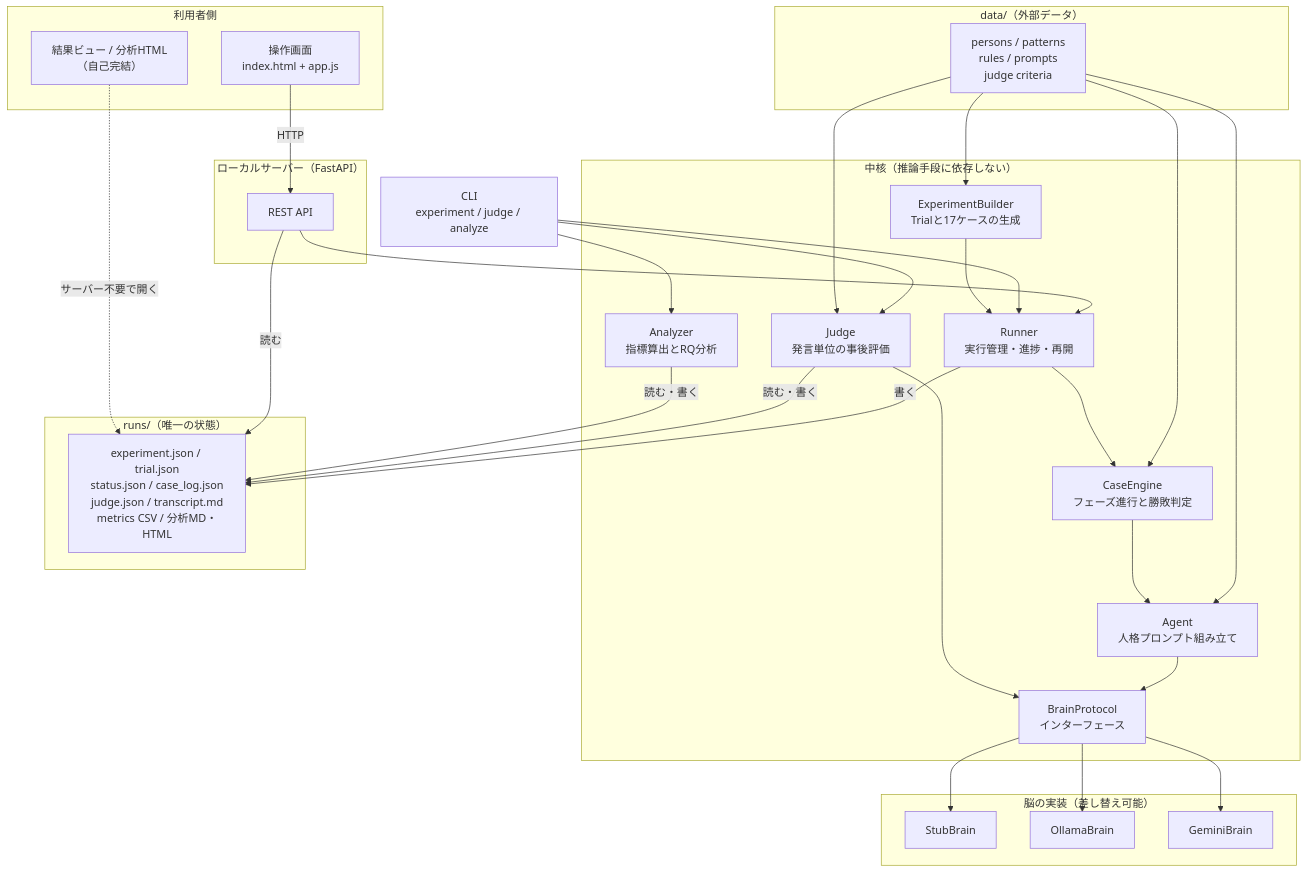
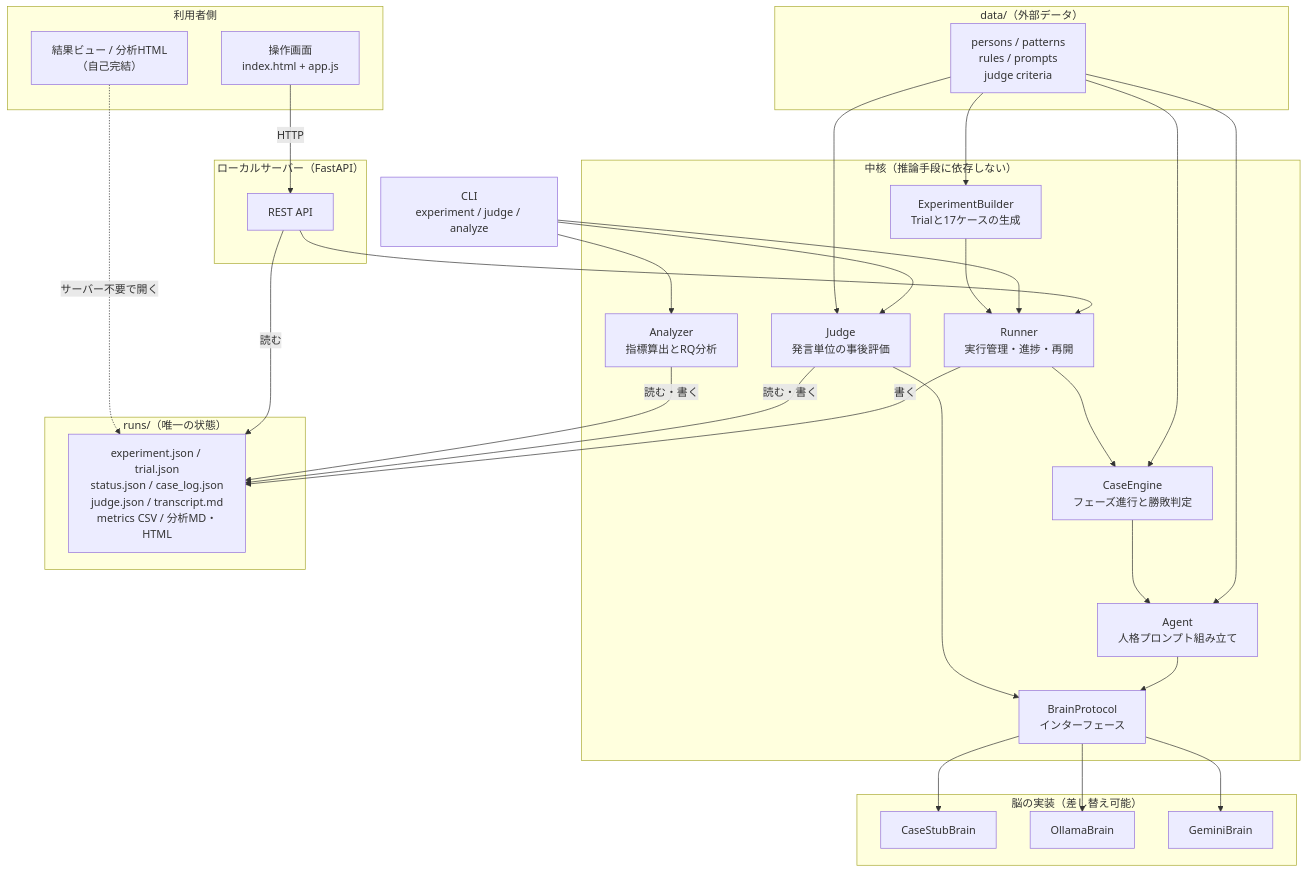
One commit to ziriss8120121/hackathon-test changed the first of 11 diagrams in docs/design.md. Above: the diagram before and after it, drawn with Mermaid. The commit also changed other lines of this file and 66 other files, not shown here.

````diff
--- a/docs/design.md
+++ b/docs/design.md
@@ -299,60 +321,60 @@
 ```mermaid
 flowchart TB
     subgraph CLIENT["利用者側"]
         SCR["操作画面<br/>index.html + app.js"]
         VIEW["結果ビュー / 分析HTML<br/>（自己完結）"]
     end
 
     subgraph SERVER["ローカルサーバー（FastAPI）"]
         API["REST API"]
     end
 
     subgraph MASTER["data/（外部データ）"]
         MD["persons / patterns<br/>rules / prompts<br/>judge criteria"]
     end
 
     subgraph CORE["中核（推論手段に依存しない）"]
         EXP["ExperimentBuilder<br/>Trialと17ケースの生成"]
         RUNNER["Runner<br/>実行管理・進捗・再開"]
         ENGINE["CaseEngine<br/>フェーズ進行と勝敗判定"]
         AGENT["Agent<br/>人格プロンプト組み立て"]
         JUDGE["Judge<br/>発言単位の事後評価"]
         ANA["Analyzer<br/>指標算出とRQ分析"]
         PROTO["BrainProtocol<br/>インターフェース"]
     end
 
     subgraph BRAINS["脳の実装（差し替え可能）"]
-        STUB["StubBrain"]
+        STUB["CaseStubBrain"]
         OLLAMA["OllamaBrain"]
         GEMINI["GeminiBrain"]
     end
 
     subgraph STORE["runs/（唯一の状態）"]
         FILES["experiment.json / trial.json<br/>status.json / case_log.json<br/>judge.json / transcript.md<br/>metrics CSV / 分析MD・HTML"]
     end
 
     CLIRUN["CLI<br/>experiment / judge / analyze"]
 
     SCR -->|"HTTP"| API
     API --> RUNNER
     CLIRUN --> RUNNER
     CLIRUN --> JUDGE
     CLIRUN --> ANA
     MD --> EXP
     MD --> ENGINE
     MD --> AGENT
     MD --> JUDGE
     EXP --> RUNNER
     RUNNER --> ENGINE
     ENGINE --> AGENT
     AGENT --> PROTO
     JUDGE --> PROTO
     PROTO --> STUB
     PROTO --> OLLAMA
     PROTO --> GEMINI
     RUNNER -->|"書く"| FILES
     JUDGE -->|"読む・書く"| FILES
     ANA -->|"読む・書く"| FILES
     API -->|"読む"| FILES
     VIEW -.->|"サーバー不要で開く"| FILES
 ```
````
